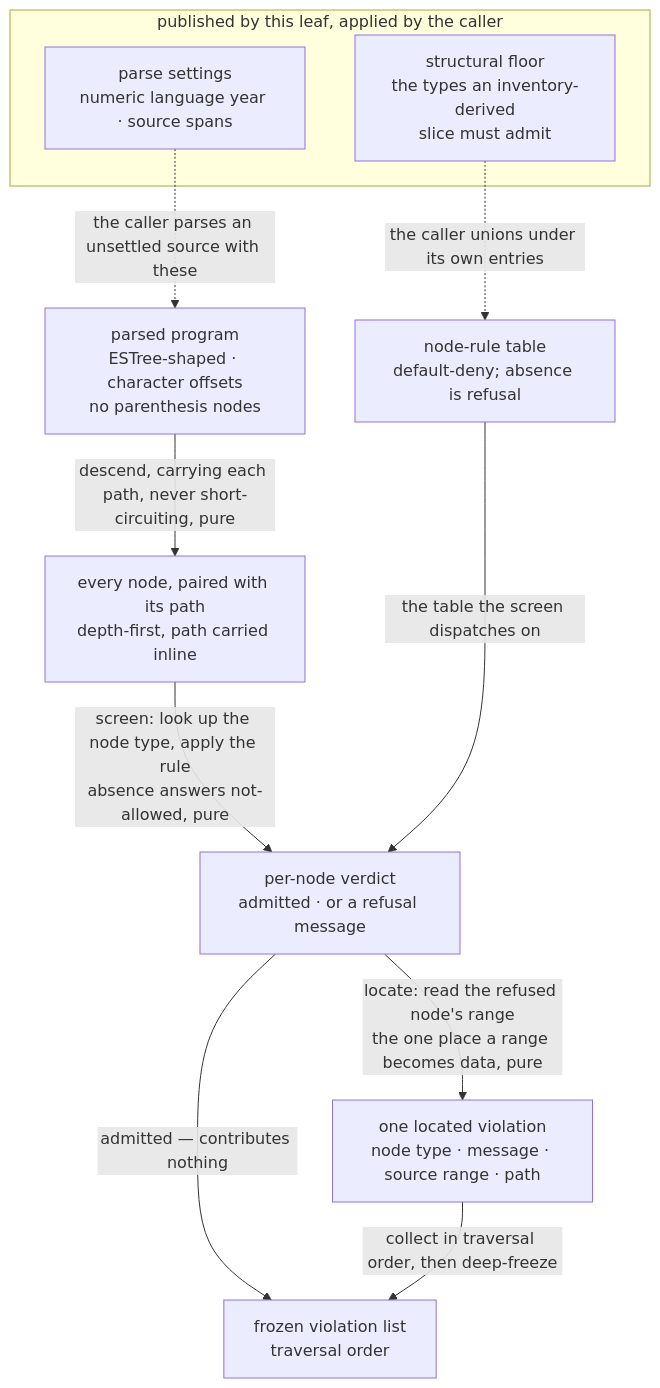
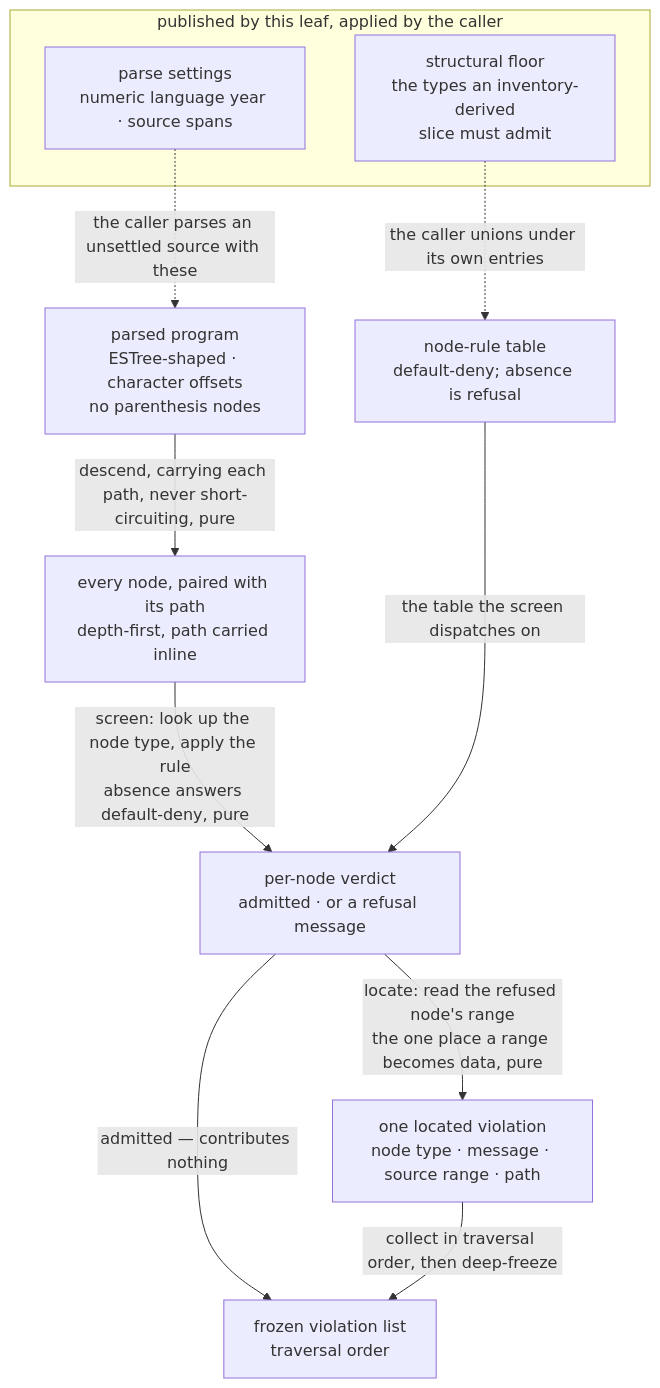
Before and after one commit to codeschoolinabox/curricula: the diagram in src/lib/study-lenses/lib/screening/DOCS.md, drawn with Mermaid. The commit also changed other lines of this file and 3 other files, not shown here.

````diff
--- a/src/lib/study-lenses/lib/screening/DOCS.md
+++ b/src/lib/study-lenses/lib/screening/DOCS.md
@@ -72,23 +74,23 @@
 ```mermaid
 flowchart TD
     subgraph published["published by this leaf, applied by the caller"]
         Settings["parse settings<br/>numeric language year · source spans"]
         Floor["structural floor<br/>the types an inventory-derived<br/>slice must admit"]
     end
 
     Prog["parsed program<br/>ESTree-shaped · character offsets<br/>no parenthesis nodes"]
     Rules["node-rule table<br/>default-deny; absence is refusal"]
     Paired["every node, paired with its path<br/>depth-first, path carried inline"]
     Verdict["per-node verdict<br/>admitted · or a refusal message"]
     Located["one located violation<br/>node type · message · source range · path"]
     Out["frozen violation list<br/>traversal order"]
 
     Settings -.->|"the caller parses an unsettled source with these"| Prog
     Floor -.->|"the caller unions under its own entries"| Rules
     Prog -->|"descend, carrying each path, never short-circuiting, pure"| Paired
-    Paired -->|"screen: look up the node type, apply the rule<br/>absence answers not-allowed, pure"| Verdict
+    Paired -->|"screen: look up the node type, apply the rule<br/>absence answers default-deny, pure"| Verdict
     Rules -->|"the table the screen dispatches on"| Verdict
     Verdict -->|"admitted — contributes nothing"| Out
     Verdict -->|"locate: read the refused node's range<br/>the one place a range becomes data, pure"| Located
     Located -->|"collect in traversal order, then deep-freeze"| Out
 ```
````
